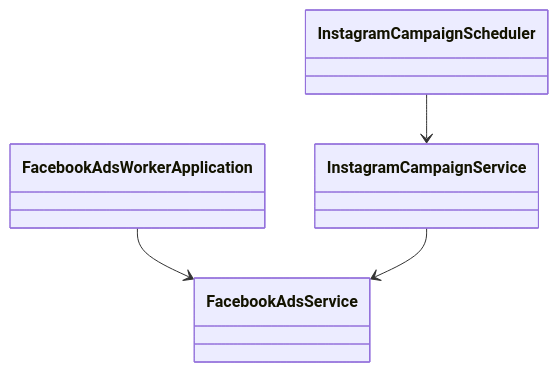
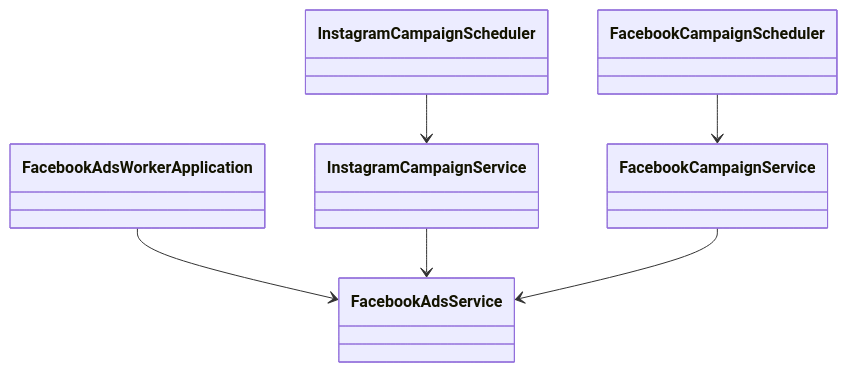
Before and after one commit to paulofor/marketing-hub: the diagram in docs/facebook-ads-worker/class-diagram.md, drawn with Mermaid. The commit also changed 2 other files, not shown here.

Commit message:
docs: update data model and facebook worker docs

````diff
--- a/docs/facebook-ads-worker/class-diagram.md
+++ b/docs/facebook-ads-worker/class-diagram.md
@@ -3,11 +3,15 @@
 ```mermaid
 classDiagram
     class FacebookAdsWorkerApplication
     class FacebookAdsService
     class InstagramCampaignService
     class InstagramCampaignScheduler
+    class FacebookCampaignService
+    class FacebookCampaignScheduler
 
     FacebookAdsWorkerApplication --> FacebookAdsService
     InstagramCampaignService --> FacebookAdsService
     InstagramCampaignScheduler --> InstagramCampaignService
+    FacebookCampaignService --> FacebookAdsService
+    FacebookCampaignScheduler --> FacebookCampaignService
 ```
````
